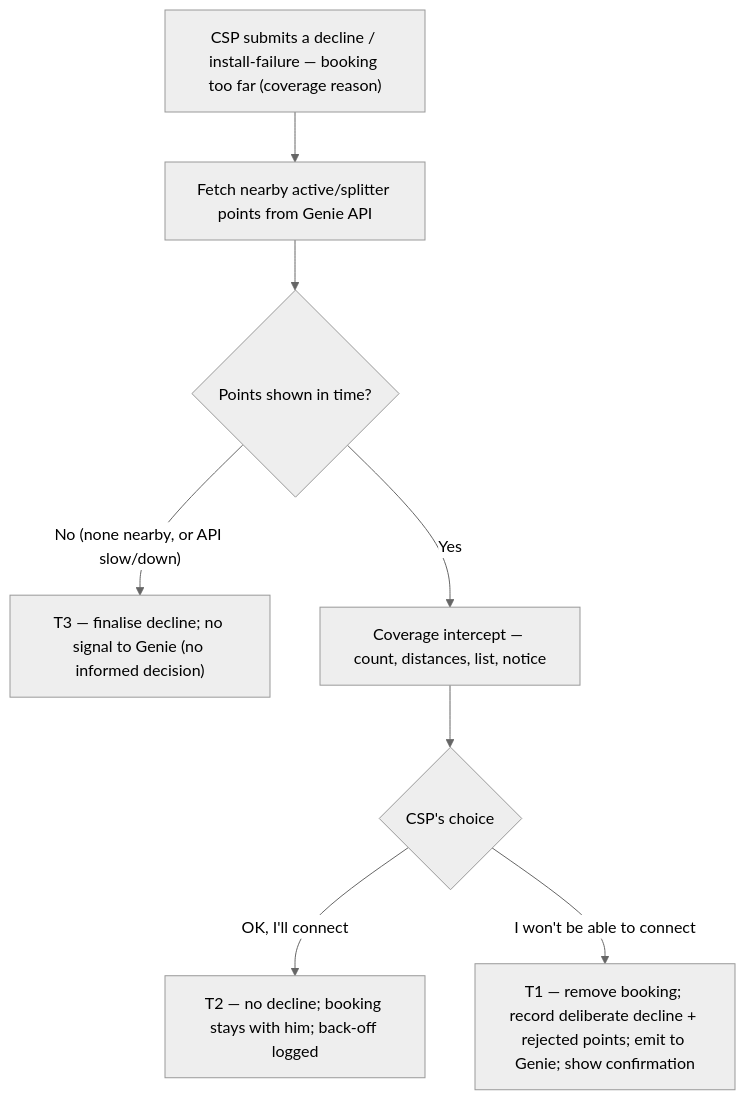
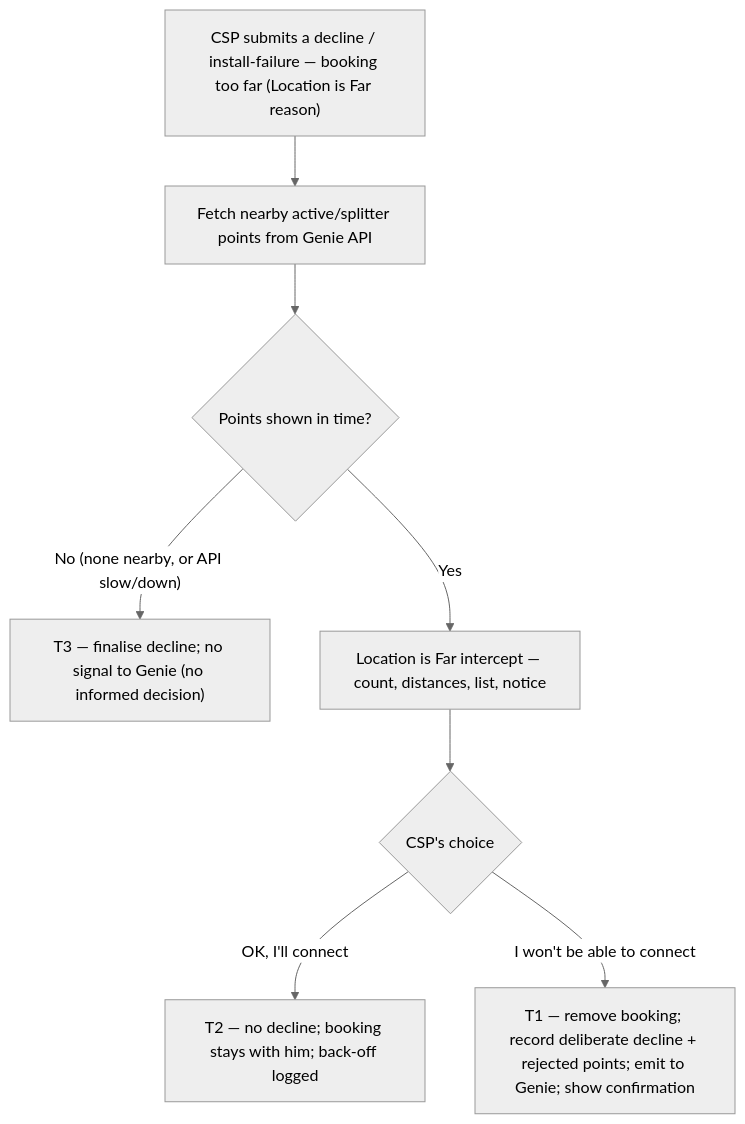
Before and after one commit to ashish-raj-wiom/coverage-decline-assist-prd: the diagram in Coverage_Decline_Assist_PRD.md, drawn with Mermaid (neutral theme). The commit also changed other lines of this file and 1 other file, not shown here.

Commit message:
Remove 'coverage' term throughout — use 'Location is Far' / 'Decline due to Location is Far'

````diff
--- a/Coverage_Decline_Assist_PRD.md
+++ b/Coverage_Decline_Assist_PRD.md
@@ -63,10 +63,10 @@
 ```mermaid
 flowchart TD
-    A["CSP submits a decline / install-failure — booking too far (coverage reason)"] --> B["Fetch nearby active/splitter points from Genie API"]
+    A["CSP submits a decline / install-failure — booking too far (Location is Far reason)"] --> B["Fetch nearby active/splitter points from Genie API"]
     B --> C{"Points shown in time?"}
     C -- "No (none nearby, or API slow/down)" --> T3["T3 — finalise decline; no signal to Genie (no informed decision)"]
-    C -- "Yes" --> D["Coverage intercept — count, distances, list, notice"]
+    C -- "Yes" --> D["Location is Far intercept — count, distances, list, notice"]
     D --> E{"CSP's choice"}
     E -- "OK, I'll connect" --> T2["T2 — no decline; booking stays with him; back-off logged"]
     E -- "I won't be able to connect" --> T1["T1 — remove booking; record deliberate decline + rejected points; emit to Genie; show confirmation"]
 ```
````
